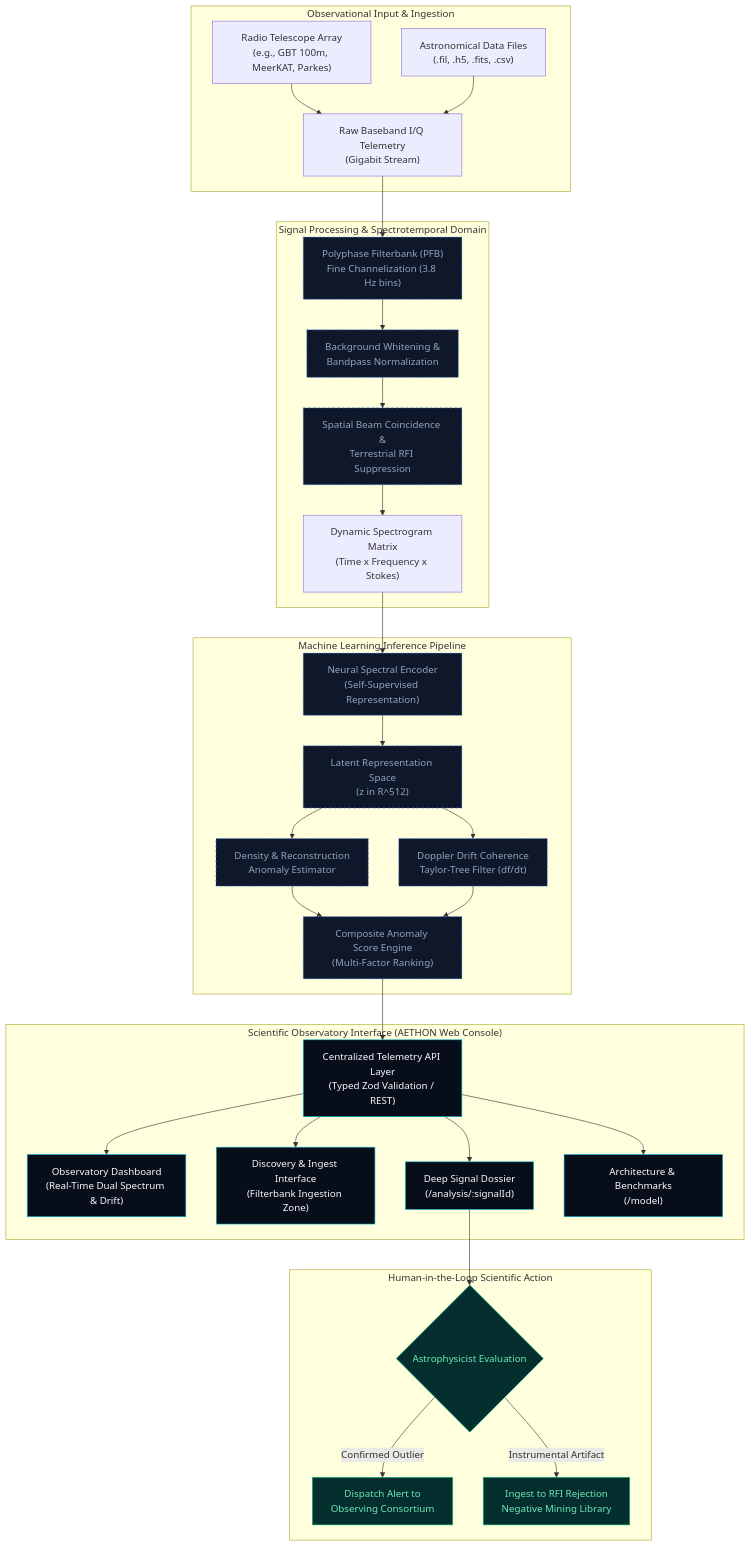
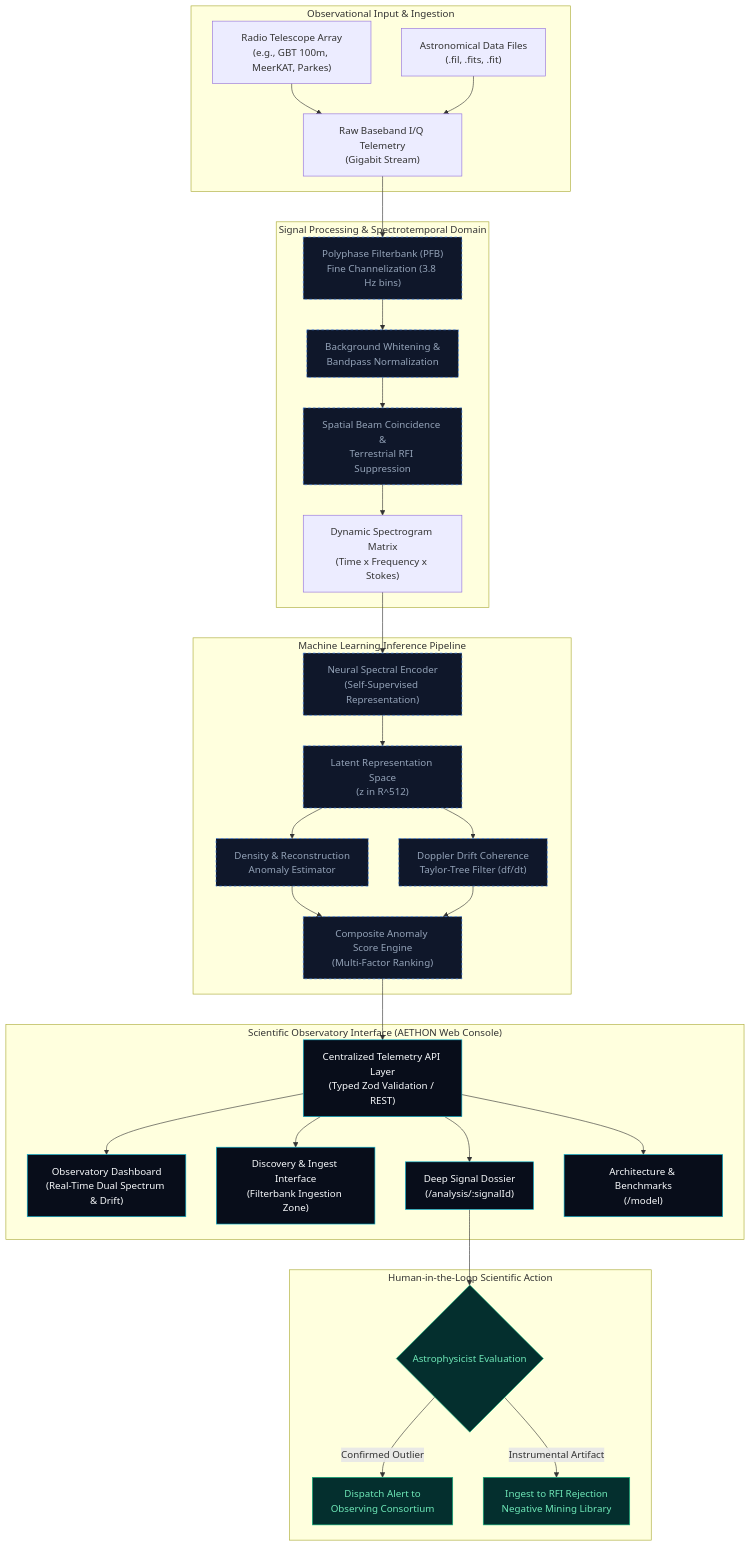
The first of 2 diagrams in README.md (pritesh-4/Project_Aethon), drawn with Mermaid before and after one commit. The commit also changed other lines of this file and 66 other files, not shown here.

````diff
--- a/README.md
+++ b/README.md
@@ -66,45 +66,45 @@
 ```mermaid
 flowchart TD
     subgraph Observational_Input["Observational Input & Ingestion"]
         TEL["Radio Telescope Array\n(e.g., GBT 100m, MeerKAT, Parkes)"] --> RAW["Raw Baseband I/Q Telemetry\n(Gigabit Stream)"]
-        FILE["Astronomical Data Files\n(.fil, .h5, .fits, .csv)"] --> RAW
+        FILE["Astronomical Data Files\n(.fil, .fits, .fit)"] --> RAW
     end
 
     subgraph Signal_Processing["Signal Processing & Spectrotemporal Domain"]
         RAW --> PFB["Polyphase Filterbank (PFB)\nFine Channelization (3.8 Hz bins)"]
         PFB --> DENOISE["Background Whitening &\nBandpass Normalization"]
         DENOISE --> RFI_FILT["Spatial Beam Coincidence &\nTerrestrial RFI Suppression"]
         RFI_FILT --> SPEC["Dynamic Spectrogram Matrix\n(Time x Frequency x Stokes)"]
     end
 
     subgraph ML_Inference["Machine Learning Inference Pipeline"]
         SPEC --> EMBED["Neural Spectral Encoder\n(Self-Supervised Representation)"]
         EMBED --> LATENT["Latent Representation Space\n(z in R^512)"]
         LATENT --> ANOM["Density & Reconstruction\nAnomaly Estimator"]
         LATENT --> DRIFT["Doppler Drift Coherence\nTaylor-Tree Filter (df/dt)"]
         ANOM --> SCORE["Composite Anomaly Score Engine\n(Multi-Factor Ranking)"]
         DRIFT --> SCORE
     end
 
     subgraph Scientific_UI["Scientific Observatory Interface (AETHON Web Console)"]
         SCORE --> API["Centralized Telemetry API Layer\n(Typed Zod Validation / REST)"]
         API --> OBS["Observatory Dashboard\n(Real-Time Dual Spectrum & Drift)"]
         API --> DISC["Discovery & Ingest Interface\n(Filterbank Ingestion Zone)"]
         API --> ANALY["Deep Signal Dossier\n(/analysis/:signalId)"]
         API --> MODEL["Architecture & Benchmarks\n(/model)"]
     end
 
     subgraph Verification["Human-in-the-Loop Scientific Action"]
         ANALY --> VERIFY{"Astrophysicist Evaluation"}
         VERIFY -->|Confirmed Outlier| ALERT["Dispatch Alert to\nObserving Consortium"]
         VERIFY -->|Instrumental Artifact| RETRAIN["Ingest to RFI Rejection\nNegative Mining Library"]
     end
 
     classDef implemented fill:#080d1a,stroke:#06b6d4,stroke-width:1px,color:#f8fafc;
     classDef planned fill:#0f172a,stroke:#3b82f6,stroke-width:1px,stroke-dasharray: 4 4,color:#94a3b8;
     classDef action fill:#042f2e,stroke:#10b981,stroke-width:1px,color:#6ee7b7;
 
     class OBS,DISC,ANALY,MODEL,API implemented;
     class PFB,DENOISE,RFI_FILT,EMBED,LATENT,ANOM,DRIFT,SCORE planned;
     class VERIFY,ALERT,RETRAIN action;
 ```
````
